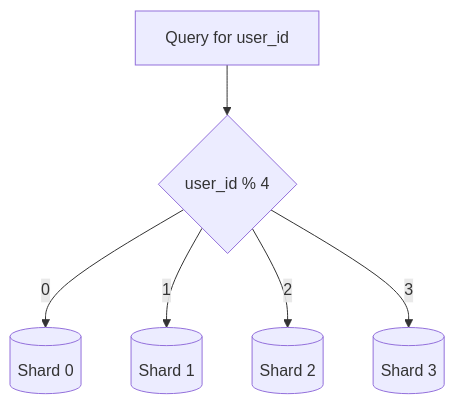
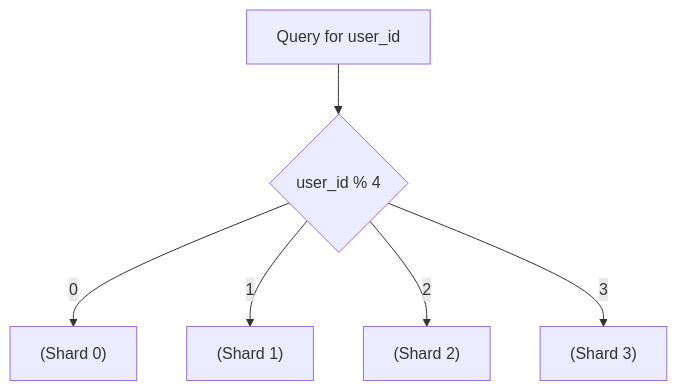
Before and after one commit to pankajThakur1874/studysheet: the fourth of 4 diagrams in files/Book-System-Design-Vol-1/01-scale-zero-to-millions.md, drawn with Mermaid. The commit also changed other lines of this file and 102 other files, not shown here.

Commit message:
Auto-fix Mermaid diagram syntax across all study guides to prevent Syntax Error in Mermaid v10

````diff
--- a/files/Book-System-Design-Vol-1/01-scale-zero-to-millions.md
+++ b/files/Book-System-Design-Vol-1/01-scale-zero-to-millions.md
@@ -138,8 +138,8 @@
 ```mermaid
 flowchart TD
     Q[Query for user_id] --> H{user_id % 4}
-    H -->|0| S0[(Shard 0)]
-    H -->|1| S1[(Shard 1)]
-    H -->|2| S2[(Shard 2)]
-    H -->|3| S3[(Shard 3)]
+    H -->|0| S0["(Shard 0)"]
+    H -->|1| S1["(Shard 1)"]
+    H -->|2| S2["(Shard 2)"]
+    H -->|3| S3["(Shard 3)"]
 ```
````
